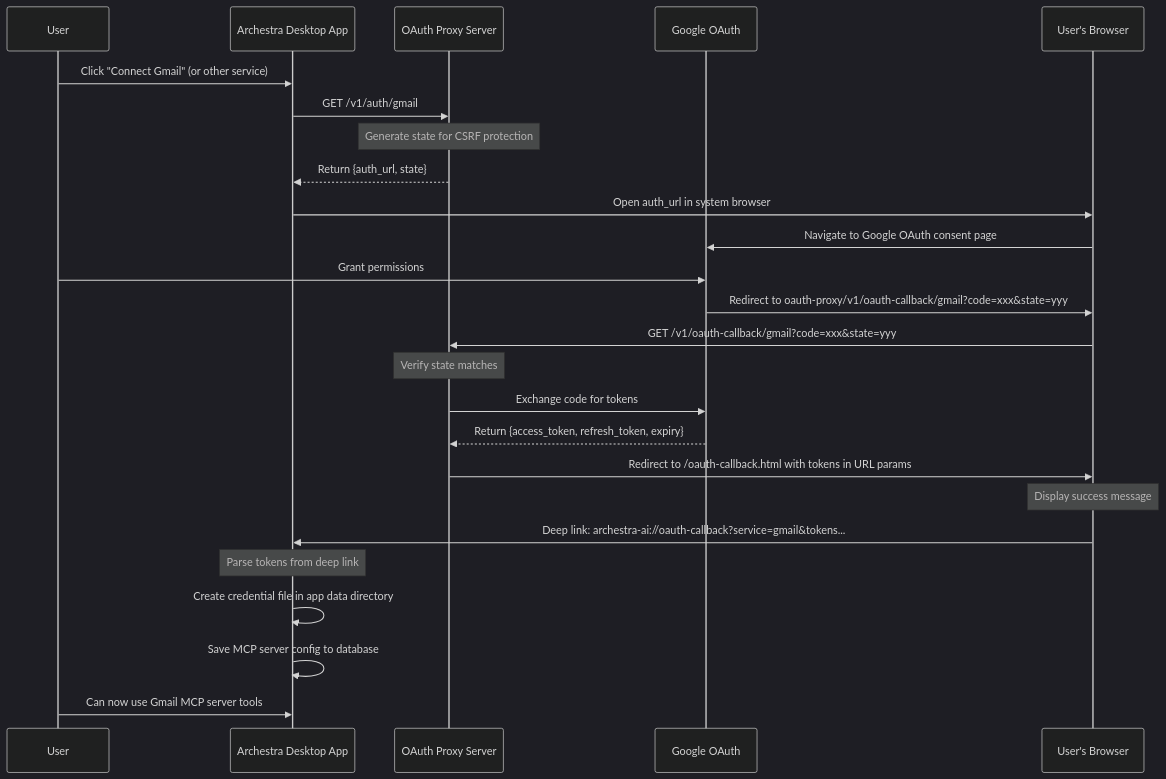
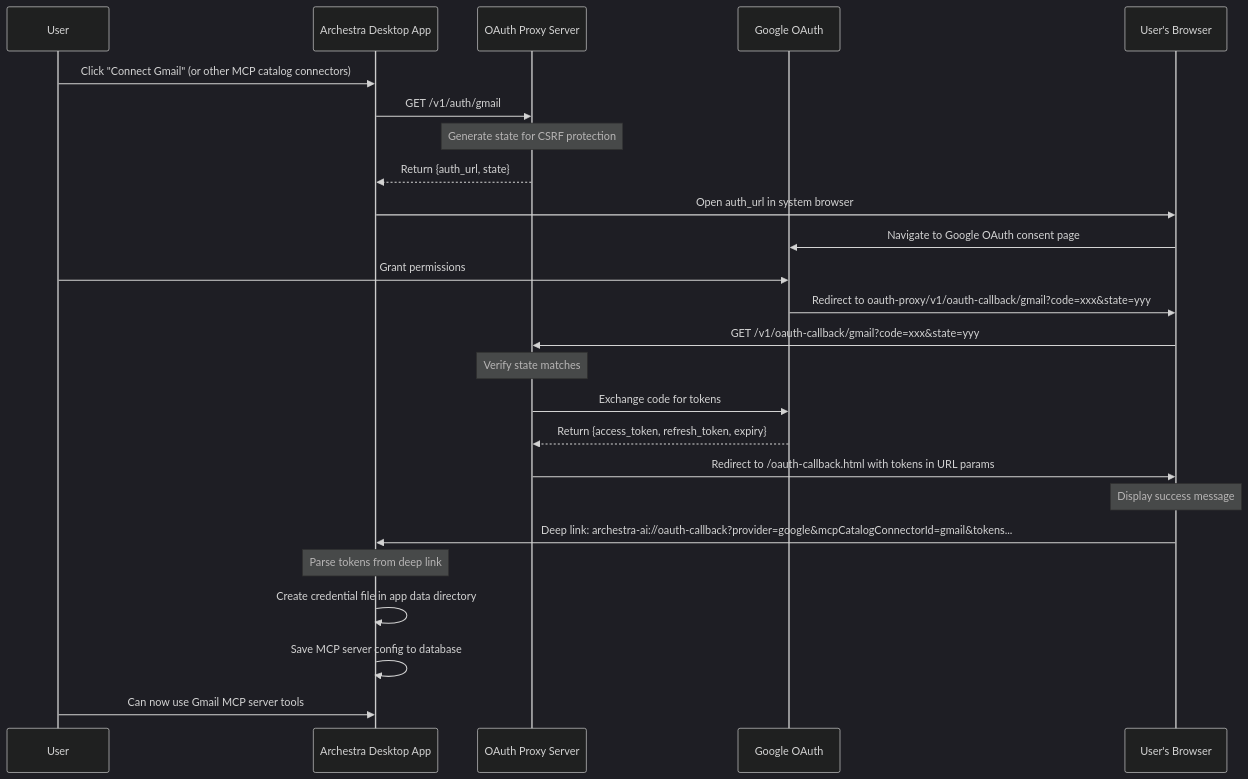
Before and after one commit to archestra-ai/prototypes: the diagram in oauth-proxy/README.md, drawn with Mermaid (dark theme). The commit also changed other lines of this file, not shown here.

````diff
--- a/oauth-proxy/README.md
+++ b/oauth-proxy/README.md
@@ -27,28 +29,28 @@
 ```mermaid
 sequenceDiagram
     participant User
     participant ArchestraApp as Archestra Desktop App
     participant OAuthProxy as OAuth Proxy Server
     participant Google as Google OAuth
     participant Browser as User's Browser
 
-    User->>ArchestraApp: Click "Connect Gmail" (or other service)
+    User->>ArchestraApp: Click "Connect Gmail" (or other MCP catalog connectors)
     ArchestraApp->>OAuthProxy: GET /v1/auth/gmail
     Note over OAuthProxy: Generate state for CSRF protection
     OAuthProxy-->>ArchestraApp: Return {auth_url, state}
     ArchestraApp->>Browser: Open auth_url in system browser
     Browser->>Google: Navigate to Google OAuth consent page
     User->>Google: Grant permissions
     Google->>Browser: Redirect to oauth-proxy/v1/oauth-callback/gmail?code=xxx&state=yyy
     Browser->>OAuthProxy: GET /v1/oauth-callback/gmail?code=xxx&state=yyy
     Note over OAuthProxy: Verify state matches
     OAuthProxy->>Google: Exchange code for tokens
     Google-->>OAuthProxy: Return {access_token, refresh_token, expiry}
     OAuthProxy->>Browser: Redirect to /oauth-callback.html with tokens in URL params
     Note over Browser: Display success message
-    Browser->>ArchestraApp: Deep link: archestra-ai://oauth-callback?service=gmail&tokens...
+    Browser->>ArchestraApp: Deep link: archestra-ai://oauth-callback?provider=google&mcpCatalogConnectorId=gmail&tokens...
     Note over ArchestraApp: Parse tokens from deep link
     ArchestraApp->>ArchestraApp: Create credential file in app data directory
     ArchestraApp->>ArchestraApp: Save MCP server config to database
     User->>ArchestraApp: Can now use Gmail MCP server tools
 ```
````
